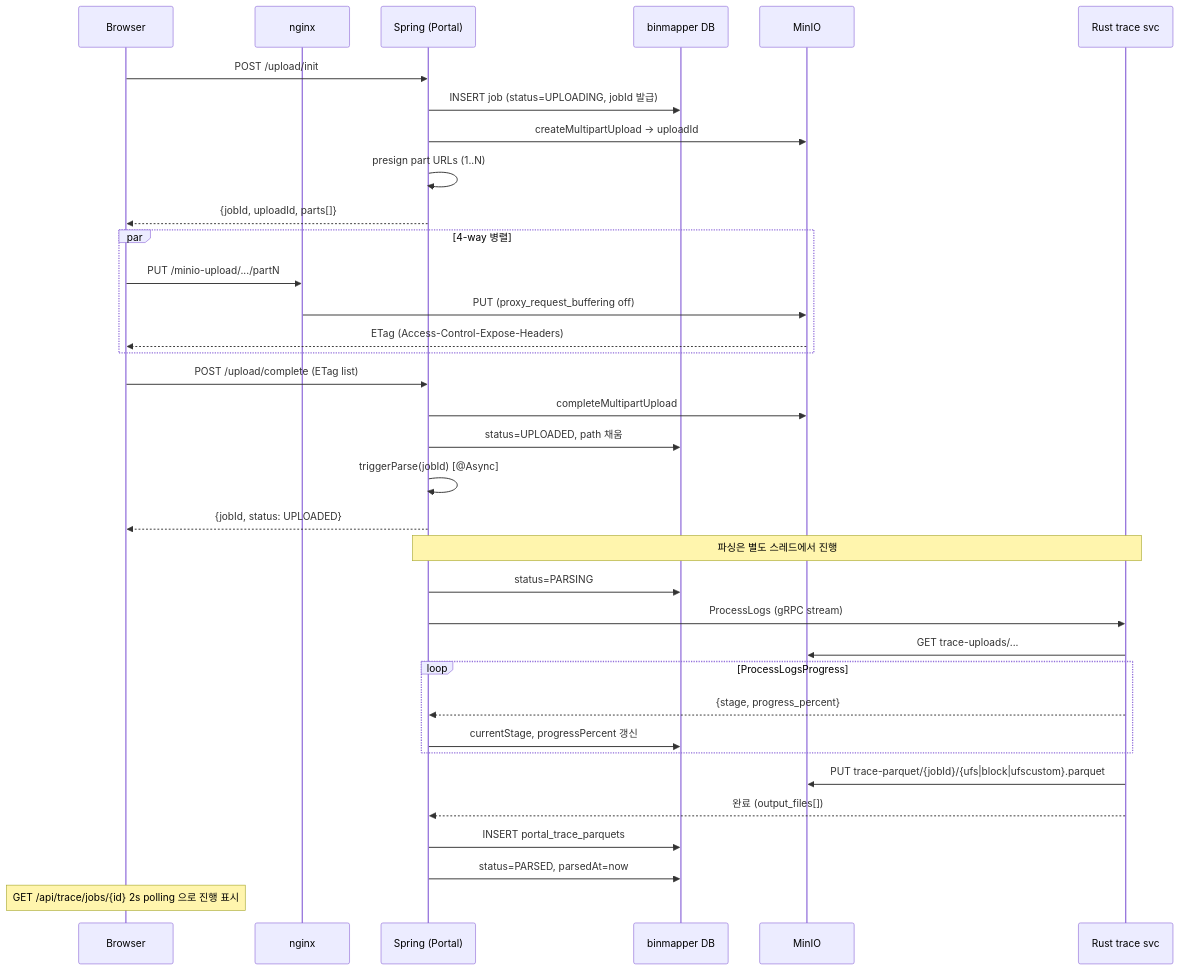
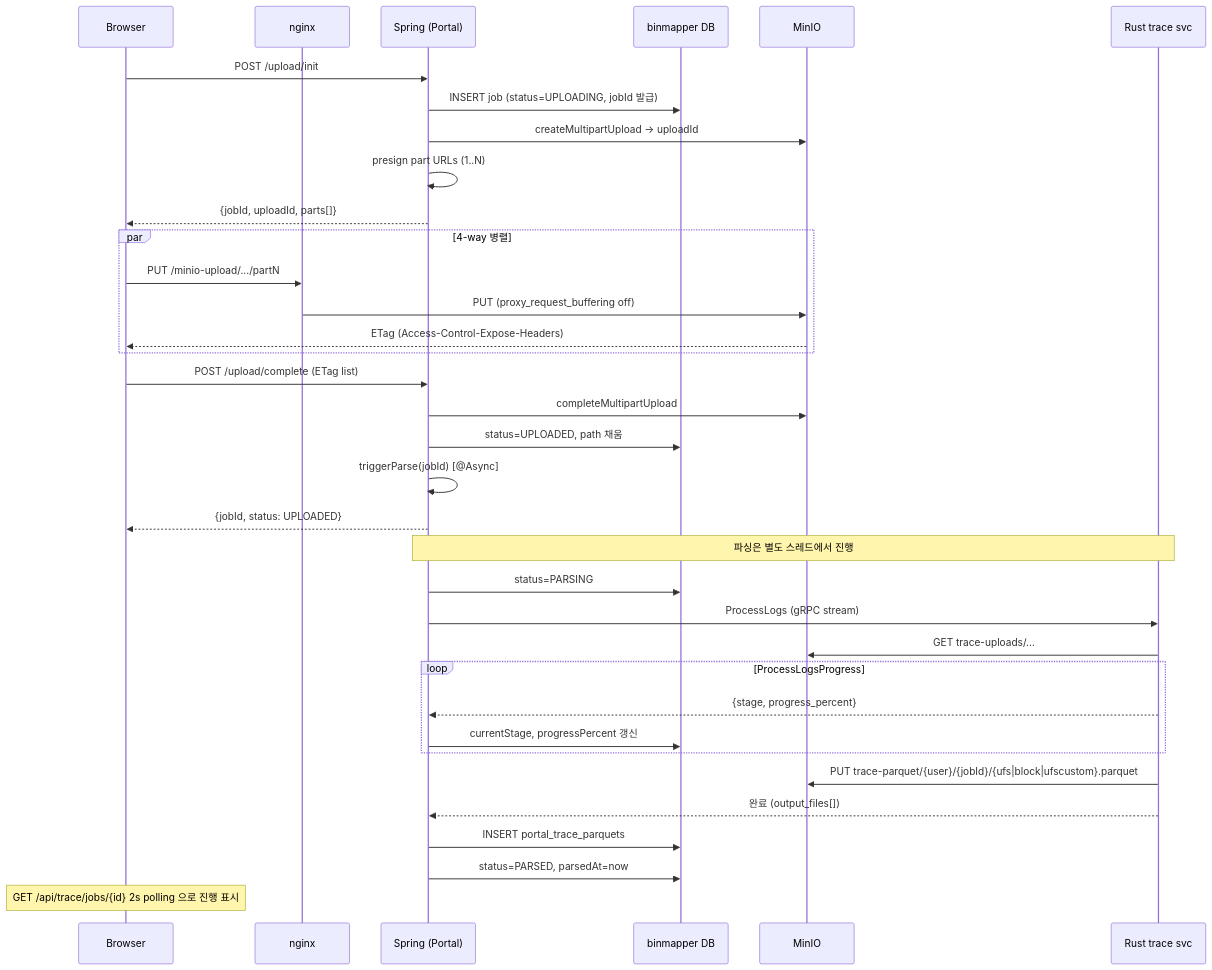
The third of 5 diagrams in src/content/docs/architecture/trace-analysis.md (kakaromo/kakaromo.github.io), drawn with Mermaid before and after one commit. The commit also changed other lines of this file and 2 other files, not shown here.

First line of the commit message:
docs(architecture+guide+reference): 7차 정합 — learn 외부의 trace stale 정리

````diff
--- a/src/content/docs/architecture/trace-analysis.md
+++ b/src/content/docs/architecture/trace-analysis.md
@@ -225,42 +225,42 @@
 ```mermaid
 sequenceDiagram
     participant Browser
     participant Nginx as nginx
     participant Spring as Spring (Portal)
     participant DB as binmapper DB
     participant MinIO
     participant Rust as Rust trace svc
 
     Browser->>Spring: POST /upload/init
     Spring->>DB: INSERT job (status=UPLOADING, jobId 발급)
     Spring->>MinIO: createMultipartUpload → uploadId
     Spring->>Spring: presign part URLs (1..N)
     Spring-->>Browser: {jobId, uploadId, parts[]}
 
     par 4-way 병렬
         Browser->>Nginx: PUT /minio-upload/.../partN
         Nginx->>MinIO: PUT (proxy_request_buffering off)
         MinIO-->>Browser: ETag (Access-Control-Expose-Headers)
     end
 
     Browser->>Spring: POST /upload/complete (ETag list)
     Spring->>MinIO: completeMultipartUpload
     Spring->>DB: status=UPLOADED, path 채움
     Spring->>Spring: triggerParse(jobId) [@Async]
     Spring-->>Browser: {jobId, status: UPLOADED}
 
     Note over Spring,Rust: 파싱은 별도 스레드에서 진행
     Spring->>DB: status=PARSING
     Spring->>Rust: ProcessLogs (gRPC stream)
     Rust->>MinIO: GET trace-uploads/...
     loop ProcessLogsProgress
         Rust-->>Spring: {stage, progress_percent}
         Spring->>DB: currentStage, progressPercent 갱신
     end
-    Rust->>MinIO: PUT trace-parquet/{jobId}/{ufs|block|ufscustom}.parquet
+    Rust->>MinIO: PUT trace-parquet/{user}/{jobId}/{ufs|block|ufscustom}.parquet
     Rust-->>Spring: 완료 (output_files[])
     Spring->>DB: INSERT portal_trace_parquets
     Spring->>DB: status=PARSED, parsedAt=now
 
     Note over Browser: GET /api/trace/jobs/{id} 2s polling 으로 진행 표시
 ```
````
